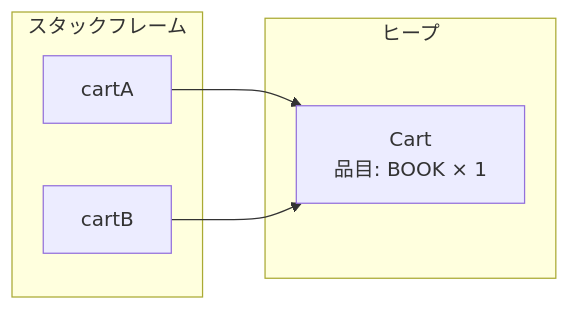
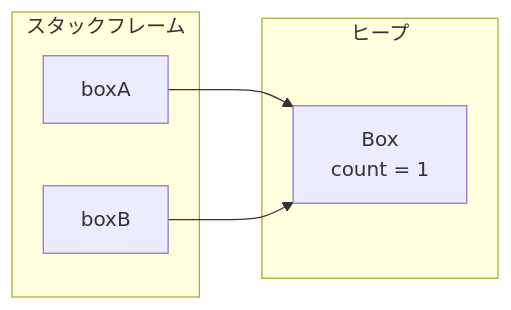
The second of 7 diagrams in docs/languages/java/basics/010_types-and-memory.mdx (skphotograph/tech-map), drawn with Mermaid before and after one commit. The commit also changed other lines of this file and 21 other files, not shown here.

````diff
--- a/docs/languages/java/basics/010_types-and-memory.mdx
+++ b/docs/languages/java/basics/010_types-and-memory.mdx
@@ -78,14 +82,14 @@
 ```mermaid
 flowchart LR
     subgraph Stack["スタックフレーム"]
-        cartA["cartA"]
-        cartB["cartB"]
+        boxA["boxA"]
+        boxB["boxB"]
     end
 
     subgraph Heap["ヒープ"]
-        cart["Cart<br/>品目: BOOK × 1"]
+        box["Box<br/>count = 1"]
     end
 
-    cartA --> cart
-    cartB --> cart
+    boxA --> box
+    boxB --> box
 ```
````
